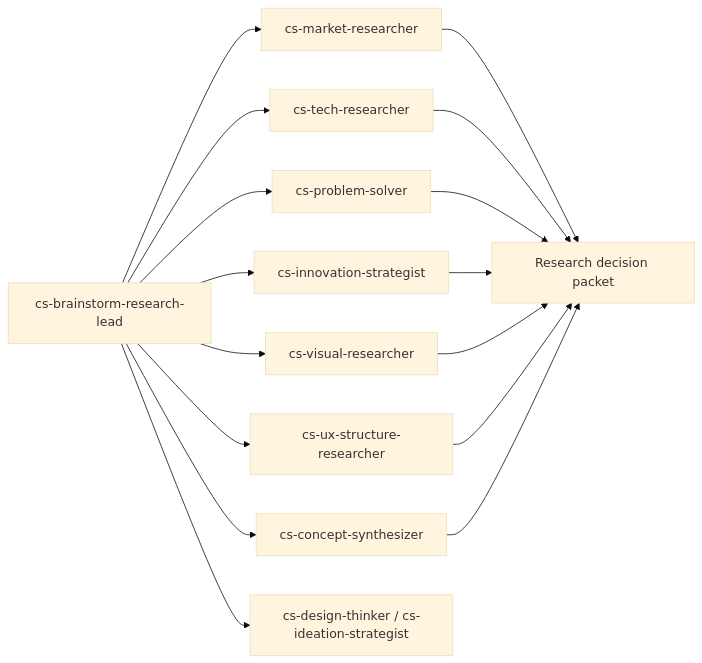
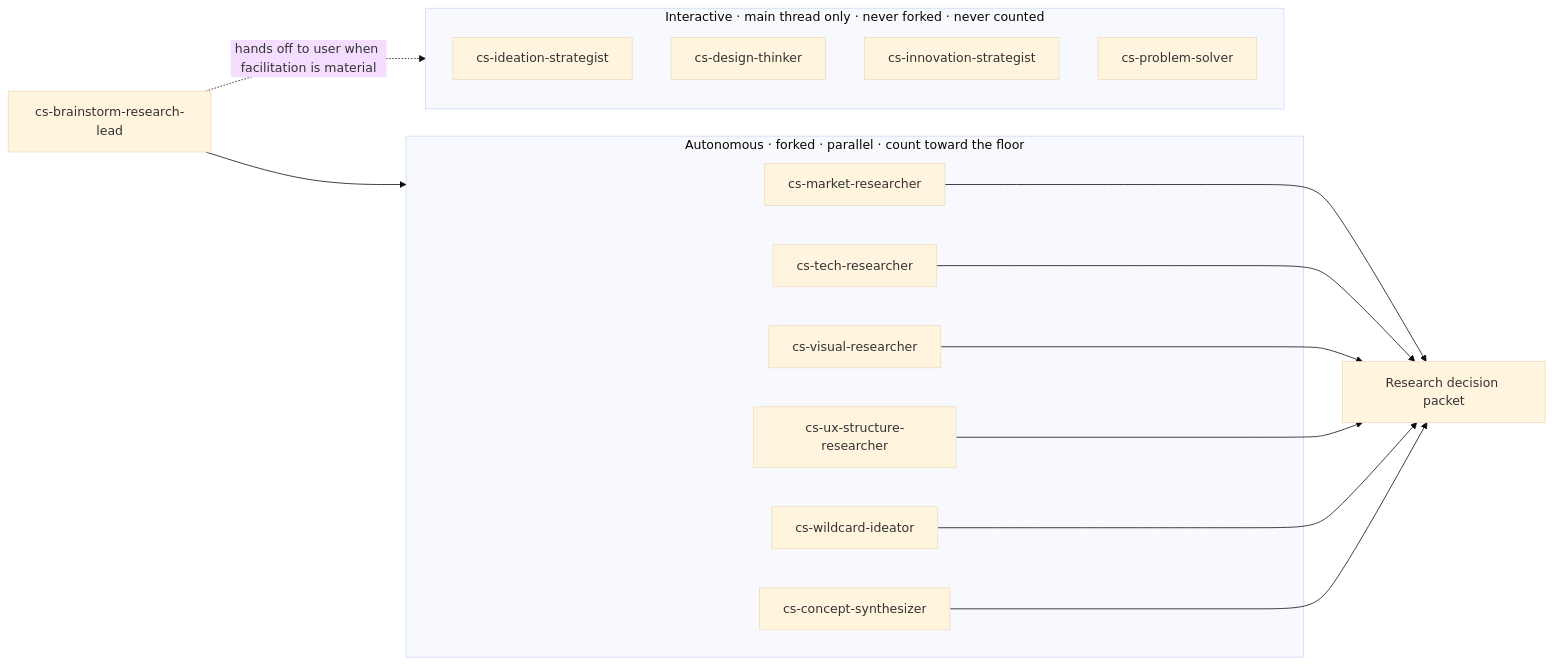
One commit to Richyboy170/AI-Flow-Spec-Driven-Agents changed the second of 5 diagrams in README.md. Above: the diagram before and after it, drawn with Mermaid (base theme). The commit also changed other lines of this file and 29 other files, not shown here.

````diff
--- a/README.md
+++ b/README.md
@@ -67,19 +134,30 @@
 ```mermaid
 flowchart LR
-  Lead[cs-brainstorm-research-lead] --> Market[cs-market-researcher]
-  Lead --> Tech[cs-tech-researcher]
-  Lead --> Problem[cs-problem-solver]
-  Lead --> Innovation[cs-innovation-strategist]
-  Lead --> Visual[cs-visual-researcher]
-  Lead --> UX[cs-ux-structure-researcher]
-  Lead --> Synthesis[cs-concept-synthesizer]
-  Lead --> Interactive[cs-design-thinker / cs-ideation-strategist]
+  Lead[cs-brainstorm-research-lead]
+
+  subgraph AUTO[Autonomous · forked · parallel · count toward the floor]
+    Market[cs-market-researcher]
+    Tech[cs-tech-researcher]
+    Visual[cs-visual-researcher]
+    UX[cs-ux-structure-researcher]
+    Wild[cs-wildcard-ideator]
+    Synthesis[cs-concept-synthesizer]
+  end
+
+  subgraph INT[Interactive · main thread only · never forked · never counted]
+    Ideation[cs-ideation-strategist]
+    Design[cs-design-thinker]
+    Innovation[cs-innovation-strategist]
+    Problem[cs-problem-solver]
+  end
+
+  Lead --> AUTO
+  Lead -. hands off to user when facilitation is material .-> INT
 
   Market --> Packet[Research decision packet]
   Tech --> Packet
-  Problem --> Packet
-  Innovation --> Packet
   Visual --> Packet
   UX --> Packet
+  Wild --> Packet
   Synthesis --> Packet
 ```
````
